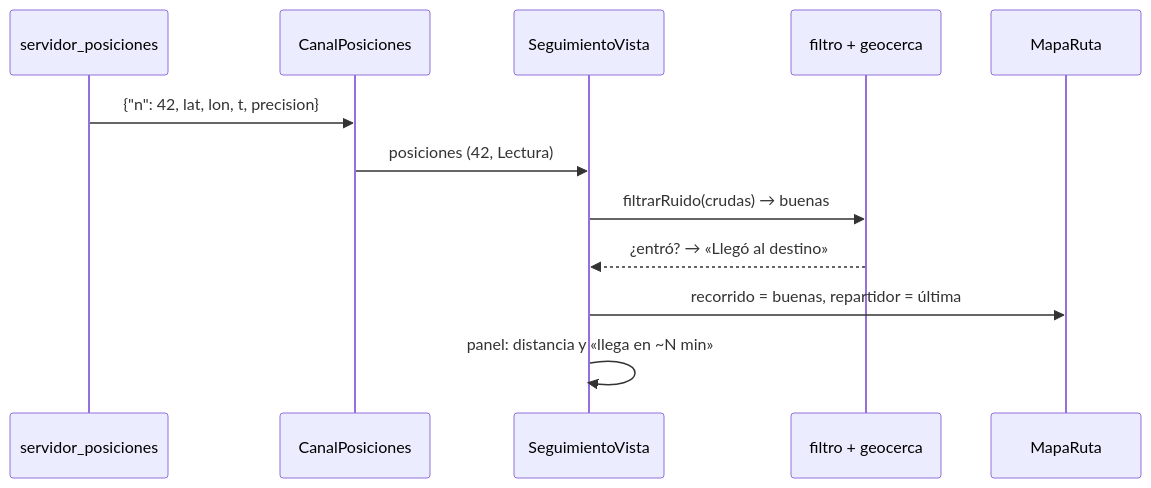
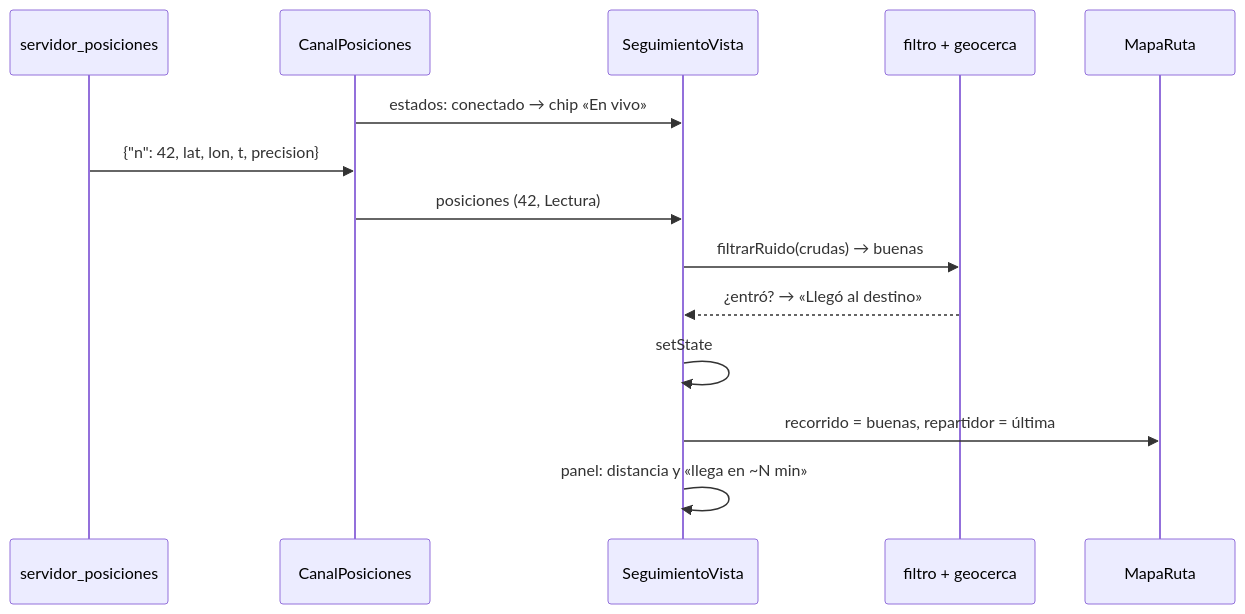
One commit to NICORUIZ93/The_Imperial_Book changed the fourth of 4 diagrams in web/public/content/flutter/modulo-14.md. Above: the diagram before and after it, drawn with Mermaid. The commit also changed other lines of this file and 65 other files, not shown here.

````diff
--- a/web/public/content/flutter/modulo-14.md
+++ b/web/public/content/flutter/modulo-14.md
@@ -1146,14 +1599,16 @@
 ```mermaid
 sequenceDiagram
     participant S as servidor_posiciones
     participant C as CanalPosiciones
     participant V as SeguimientoVista
     participant G as filtro + geocerca
     participant M as MapaRuta
+    C->>V: estados: conectado → chip «En vivo»
     S->>C: {"n": 42, lat, lon, t, precision}
     C->>V: posiciones (42, Lectura)
     V->>G: filtrarRuido(crudas) → buenas
     G-->>V: ¿entró? → «Llegó al destino»
+    V->>V: setState
     V->>M: recorrido = buenas, repartidor = última
     V->>V: panel: distancia y «llega en ~N min»
 ```
````
